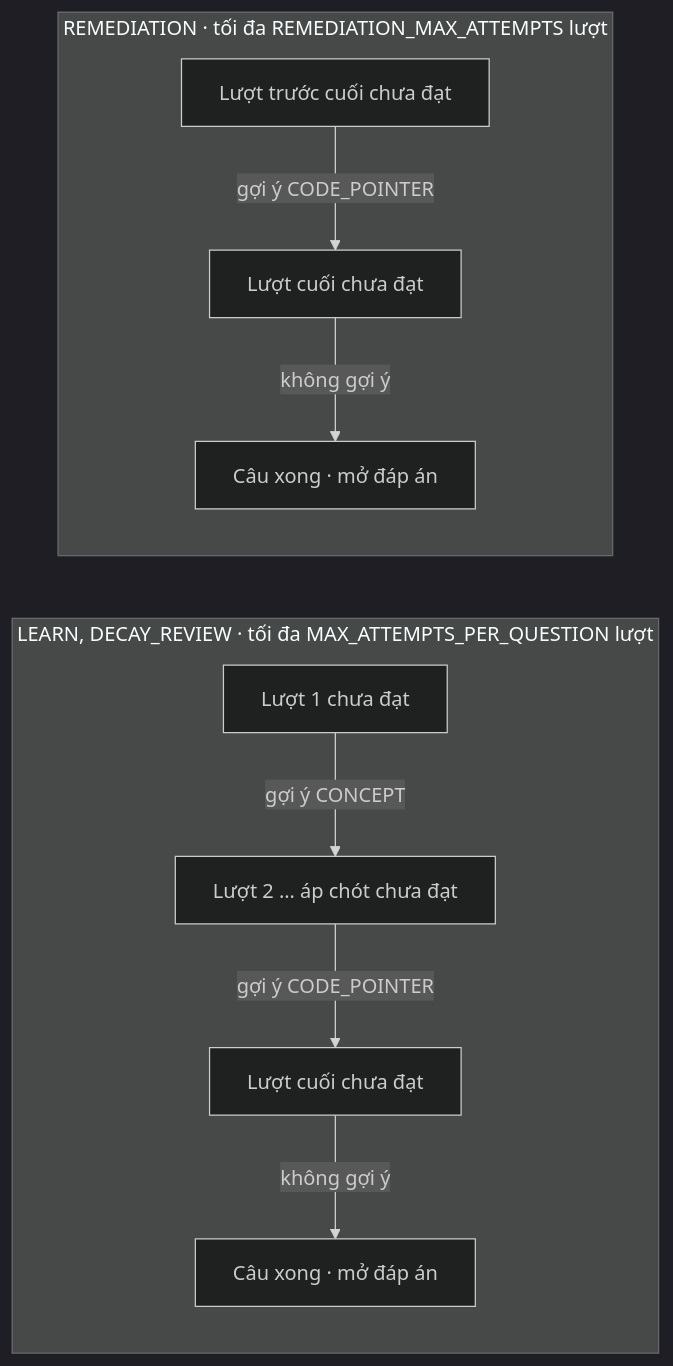
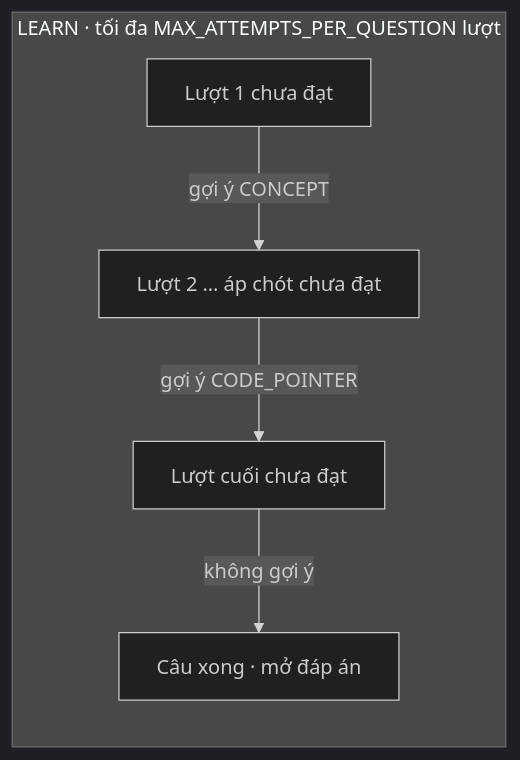
The third of 3 diagrams in spec/20_AI_GOI_VA_PROMPT.md (huynhthanhnhannnh-pixel/Hackathon_SGU), drawn with Mermaid (dark theme) before and after one commit. The commit also changed other lines of this file and 5 other files, not shown here.

````diff
--- a/spec/20_AI_GOI_VA_PROMPT.md
+++ b/spec/20_AI_GOI_VA_PROMPT.md
@@ -521,11 +515,7 @@
 ```mermaid
 flowchart LR
-  subgraph LD["LEARN, DECAY_REVIEW · tối đa MAX_ATTEMPTS_PER_QUESTION lượt"]
+  subgraph LD["LEARN · tối đa MAX_ATTEMPTS_PER_QUESTION lượt"]
     direction TB
     L1["Lượt 1 chưa đạt"] -- "gợi ý CONCEPT" --> L2["Lượt 2 … áp chót chưa đạt"] -- "gợi ý CODE_POINTER" --> L3["Lượt cuối chưa đạt"] -- "không gợi ý" --> LDONE["Câu xong · mở đáp án"]
   end
-  subgraph RM["REMEDIATION · tối đa REMEDIATION_MAX_ATTEMPTS lượt"]
-    direction TB
-    R1["Lượt trước cuối chưa đạt"] -- "gợi ý CODE_POINTER" --> R2["Lượt cuối chưa đạt"] -- "không gợi ý" --> RDONE["Câu xong · mở đáp án"]
-  end
 ```
````
